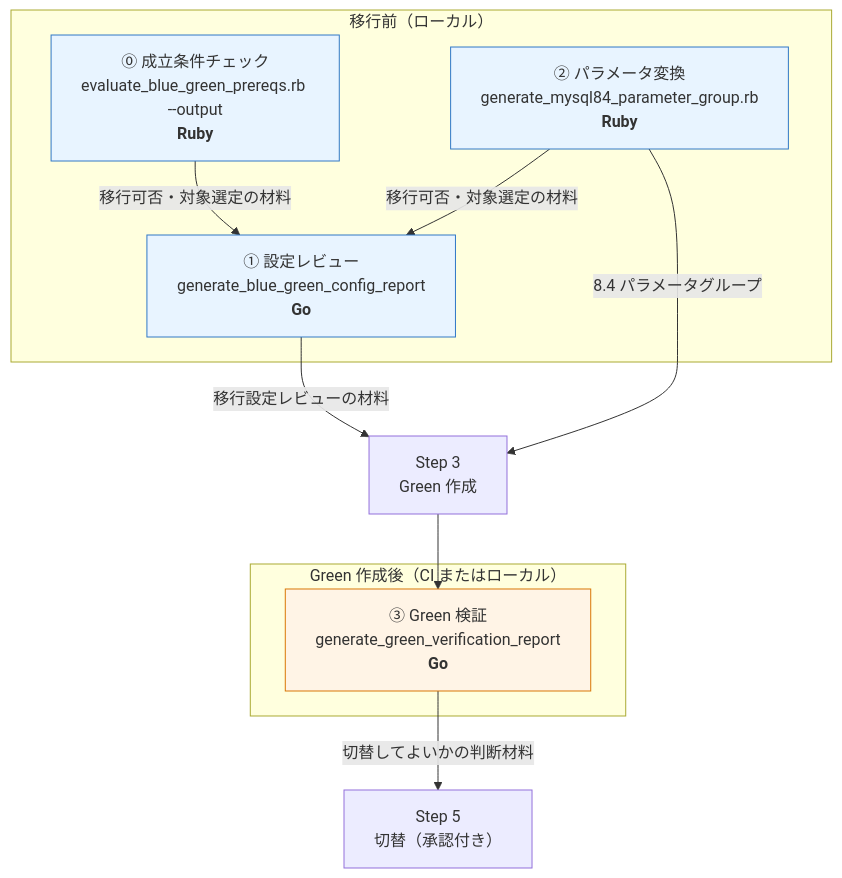
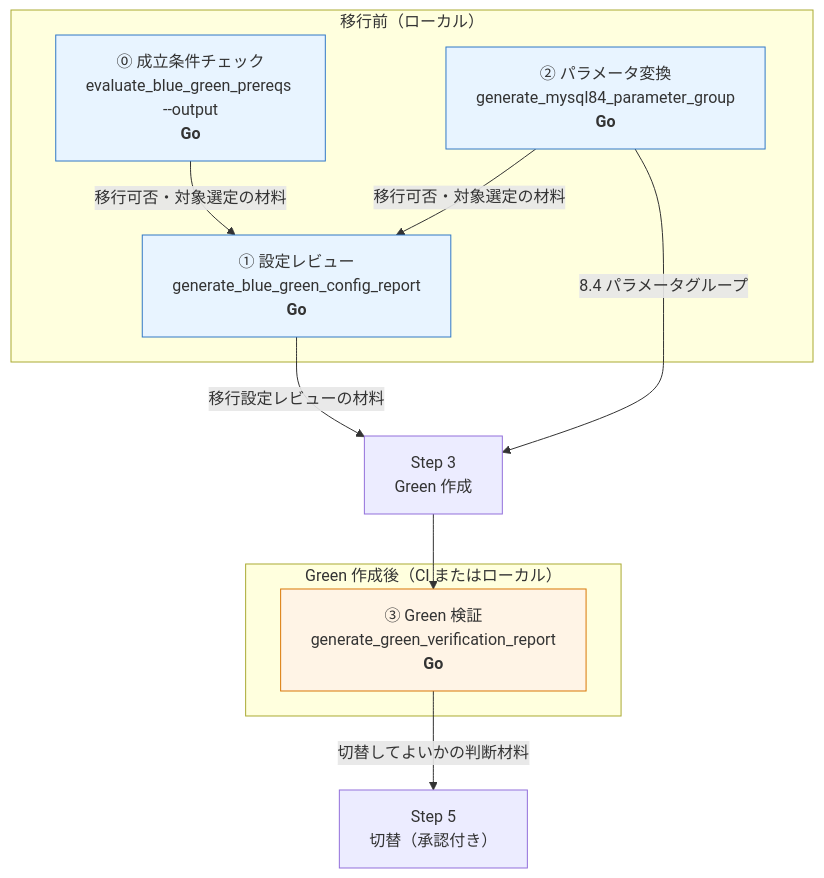
The first of 8 diagrams in docs/rds_mysql_upgrade/report-generation-flows.md (rxsxkxd/pk), drawn with Mermaid before and after one commit. The commit also changed other lines of this file and 33 other files, not shown here.

````diff
--- a/docs/rds_mysql_upgrade/report-generation-flows.md
+++ b/docs/rds_mysql_upgrade/report-generation-flows.md
@@ -7,23 +7,23 @@
 ```mermaid
 flowchart TD
     subgraph pre["移行前（ローカル）"]
-        R0["⓪ 成立条件チェック<br/>evaluate_blue_green_prereqs.rb --output<br/><b>Ruby</b>"]
+        R0["⓪ 成立条件チェック<br/>evaluate_blue_green_prereqs --output<br/><b>Go</b>"]
         R1["① 設定レビュー<br/>generate_blue_green_config_report<br/><b>Go</b>"]
-        R2["② パラメータ変換<br/>generate_mysql84_parameter_group.rb<br/><b>Ruby</b>"]
+        R2["② パラメータ変換<br/>generate_mysql84_parameter_group<br/><b>Go</b>"]
     end
     subgraph post["Green 作成後（CI またはローカル）"]
         R3["③ Green 検証<br/>generate_green_verification_report<br/><b>Go</b>"]
     end
 
     R0 -->|"移行可否・対象選定の材料"| R1
     R2 -->|"移行可否・対象選定の材料"| R1
     R2 -->|"8.4 パラメータグループ"| S3["Step 3<br/>Green 作成"]
     R1 -->|"移行設定レビューの材料"| S3
     S3 --> R3
     R3 -->|"切替してよいかの判断材料"| SW["Step 5<br/>切替（承認付き）"]
 
     classDef pre fill:#e8f4ff,stroke:#3178c6
     classDef post fill:#fff4e6,stroke:#d97706
     class R0,R1,R2 pre
     class R3 post
 ```
````
